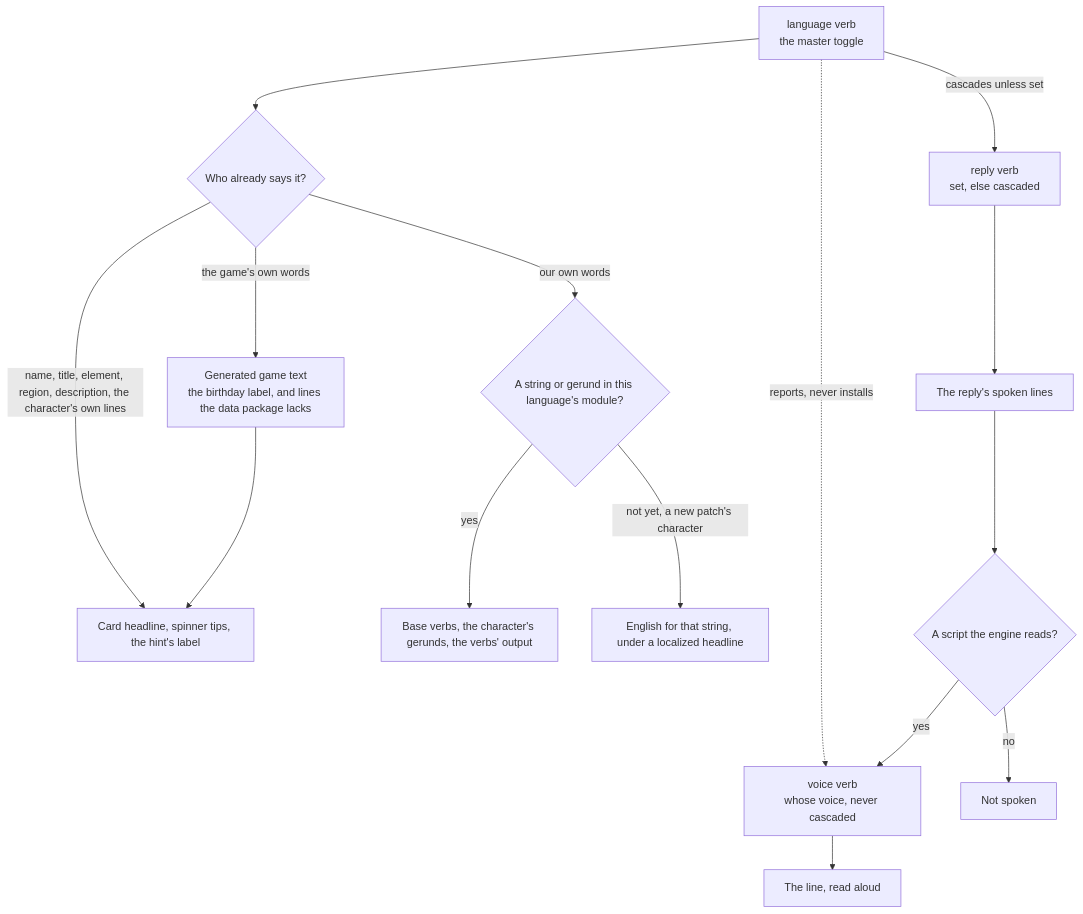
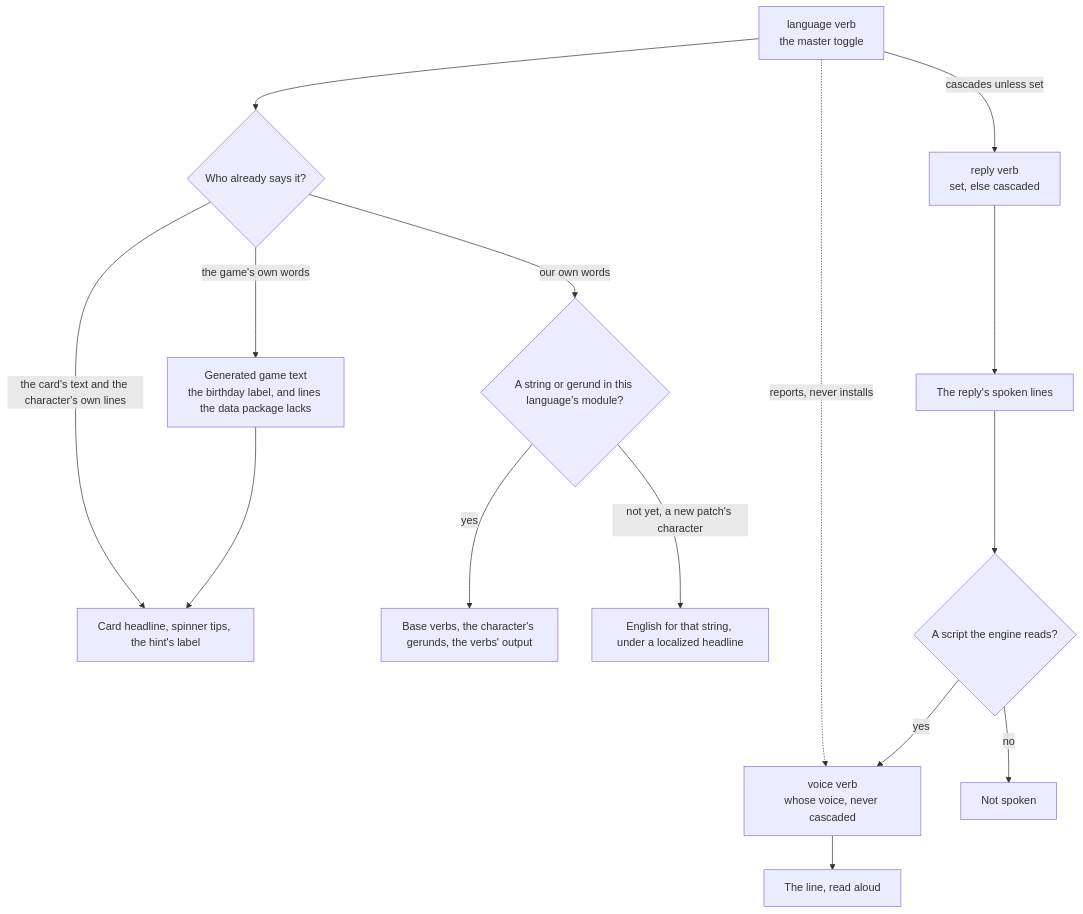
The diagram in openspec/specs/infra/claude-interface/persona-plugin/languages/design.md (Esposter/Esposter), drawn with Mermaid before and after one commit. The commit also changed other lines of this file and 9 other files, not shown here.

````diff
--- a/openspec/specs/infra/claude-interface/persona-plugin/languages/design.md
+++ b/openspec/specs/infra/claude-interface/persona-plugin/languages/design.md
@@ -25,21 +25,21 @@
 ```mermaid
 flowchart TD
     Language["language verb<br/>the master toggle"]
     Reply["reply verb<br/>set, else cascaded"]
     Dub["voice verb<br/>whose voice, never cascaded"]
 
     Language -->|cascades unless set| Reply
     Language -.->|reports, never installs| Dub
     Language --> Data{"Who already says it?"}
-    Data -- "name, title, element, region, description, the character's own lines" --> Free["Card headline, spinner tips, the hint's label"]
+    Data -- "the card's text and the character's own lines" --> Free["Card headline, spinner tips, the hint's label"]
     Data -- "the game's own words" --> Game["Generated game text<br/>the birthday label, and lines the data package lacks"]
     Game --> Free
     Data -- "our own words" --> Module{"A string or gerund in this language's module?"}
     Module -- yes --> Ours["Base verbs, the character's gerunds, the verbs' output"]
     Module -- "not yet, a new patch's character" --> Fallback["English for that string, under a localized headline"]
     Reply --> Prose["The reply's spoken lines"]
     Prose --> Script{"A script the engine reads?"}
     Script -- no --> Silent["Not spoken"]
     Script -- yes --> Dub
     Dub --> Speech["The line, read aloud"]
 ```
````
